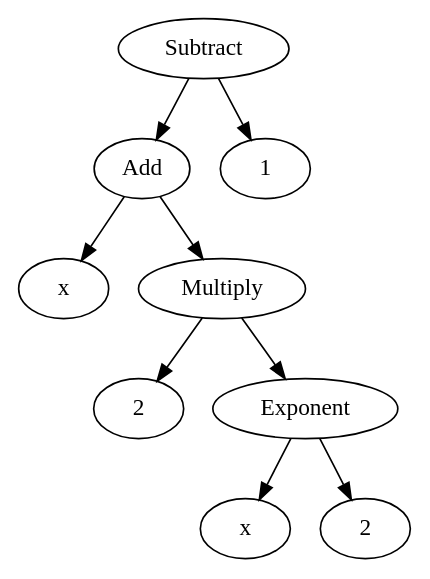
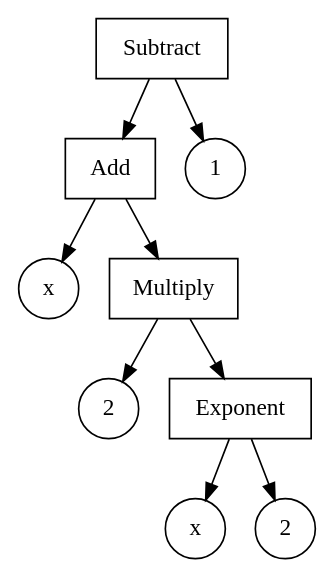
The diagram in docs/graphs/quadratic_example.dot (open-algebra/Oasis), drawn with Graphviz before and after one commit. The commit also changed 1 other file, not shown here.

Commit message:
Update operation shapes in docs graph

```diff
--- a/docs/graphs/quadratic_example.dot
+++ b/docs/graphs/quadratic_example.dot
@@ -1,18 +1,25 @@
 digraph {
+    node [shape=circle]
+
     Variable1 [label="x"];
     Variable2 [label="x"];
     Real1 [label="2"];
     Real2 [label="2"];
 
     Subtract -> Add;
     Subtract -> 1;
 
     Add -> Multiply;
     Add -> Variable1;
 
     Multiply -> Real1
     Multiply -> Exponent
 
     Exponent -> Variable2
     Exponent -> Real2
+    
+    Subtract [shape=box];
+    Add [shape=box];
+    Multiply [shape=box];
+    Exponent [shape=box];
 }
```
